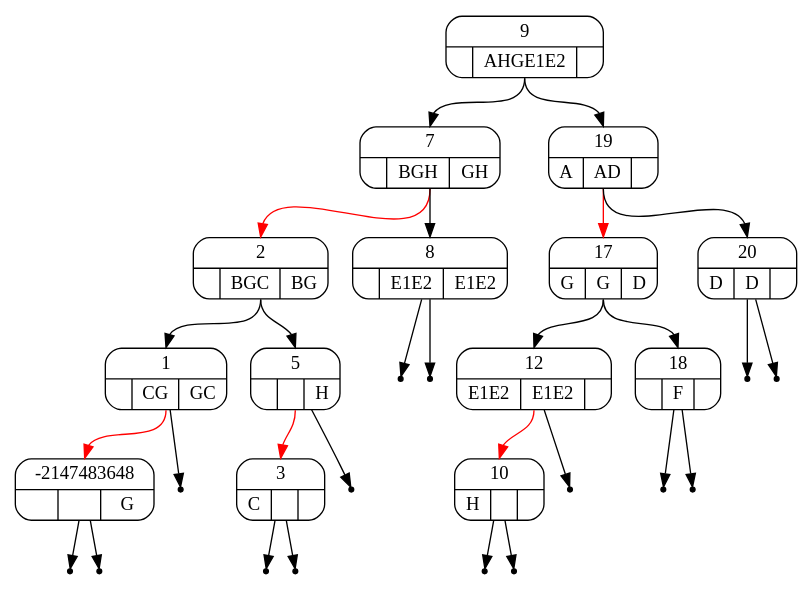
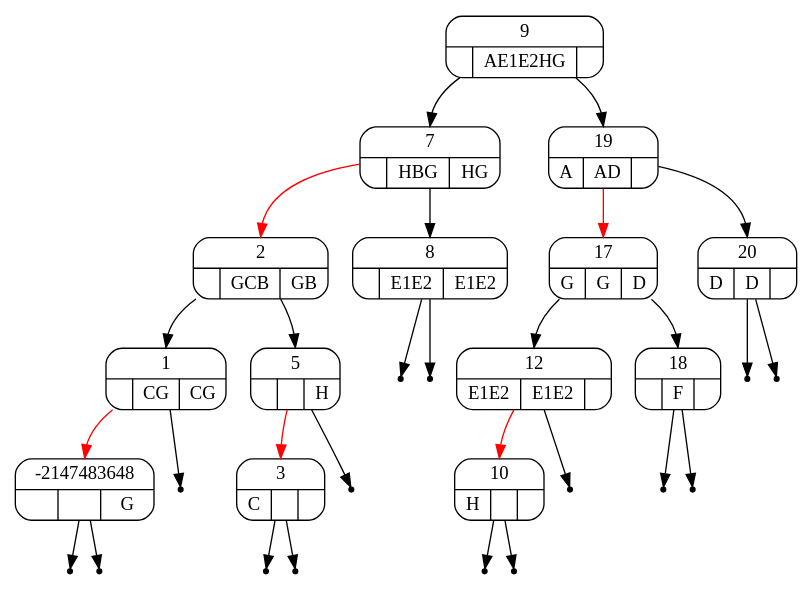
Before and after one commit to lundmikkel/C5: the diagram in C5.Tests/intervaled/data/interval_binary_search_tree.gv, drawn with Graphviz. The commit also changed 6 other files, not shown here.

```diff
--- a/C5.Tests/intervaled/data/interval_binary_search_tree.gv
+++ b/C5.Tests/intervaled/data/interval_binary_search_tree.gv
@@ -1,77 +1,77 @@
 digraph IntervalBinarySearchTree {
 	node [shape=record, style=rounded];
 	struct0 [fontname=consola, label="{<key> 9|{|A
+E1
+E2
 H
-G
-E1
-E2|}}"];
-	struct1 [fontname=consola, label="{<key> 7|{|B
-G
-H|G
-H}}"];
-	struct0:s -> struct1:n [color=black];
-	struct2 [fontname=consola, label="{<key> 2|{|B
-G
-C|B
+G|}}"];
+	struct1 [fontname=consola, label="{<key> 7|{|H
+B
+G|H
 G}}"];
-	struct1:s -> struct2:n [color=red];
+	struct0 -> struct1:n [color=black];
+	struct2 [fontname=consola, label="{<key> 2|{|G
+C
+B|G
+B}}"];
+	struct1 -> struct2:n [color=red];
 	struct3 [fontname=consola, label="{<key> 1|{|C
-G|G
-C}}"];
-	struct2:s -> struct3:n [color=black];
+G|C
+G}}"];
+	struct2 -> struct3:n [color=black];
 	struct4 [fontname=consola, label="{<key> -2147483648|{||G}}"];
-	struct3:s -> struct4:n [color=red];
+	struct3 -> struct4:n [color=red];
 	leaf0 [shape=point];
 	struct4:left -> leaf0;
 	leaf1 [shape=point];
 	struct4:right -> leaf1;
 	leaf2 [shape=point];
 	struct3:right -> leaf2;
 	struct5 [fontname=consola, label="{<key> 5|{||H}}"];
-	struct2:s -> struct5:n [color=black];
+	struct2 -> struct5:n [color=black];
 	struct6 [fontname=consola, label="{<key> 3|{C||}}"];
-	struct5:s -> struct6:n [color=red];
+	struct5 -> struct6:n [color=red];
 	leaf3 [shape=point];
 	struct6:left -> leaf3;
 	leaf4 [shape=point];
 	struct6:right -> leaf4;
 	leaf5 [shape=point];
 	struct5:right -> leaf5;
 	struct7 [fontname=consola, label="{<key> 8|{|E1
 E2|E1
 E2}}"];
-	struct1:s -> struct7:n [color=black];
+	struct1 -> struct7:n [color=black];
 	leaf6 [shape=point];
 	struct7:left -> leaf6;
 	leaf7 [shape=point];
 	struct7:right -> leaf7;
 	struct8 [fontname=consola, label="{<key> 19|{A|A
 D|}}"];
-	struct0:s -> struct8:n [color=black];
+	struct0 -> struct8:n [color=black];
 	struct9 [fontname=consola, label="{<key> 17|{G|G|D}}"];
-	struct8:s -> struct9:n [color=red];
+	struct8 -> struct9:n [color=red];
 	struct10 [fontname=consola, label="{<key> 12|{E1
 E2|E1
 E2|}}"];
-	struct9:s -> struct10:n [color=black];
+	struct9 -> struct10:n [color=black];
 	struct11 [fontname=consola, label="{<key> 10|{H||}}"];
-	struct10:s -> struct11:n [color=red];
+	struct10 -> struct11:n [color=red];
 	leaf8 [shape=point];
 	struct11:left -> leaf8;
 	leaf9 [shape=point];
 	struct11:right -> leaf9;
 	leaf10 [shape=point];
 	struct10:right -> leaf10;
 	struct12 [fontname=consola, label="{<key> 18|{|F|}}"];
-	struct9:s -> struct12:n [color=black];
+	struct9 -> struct12:n [color=black];
 	leaf11 [shape=point];
 	struct12:left -> leaf11;
 	leaf12 [shape=point];
 	struct12:right -> leaf12;
 	struct13 [fontname=consola, label="{<key> 20|{D|D|}}"];
-	struct8:s -> struct13:n [color=black];
+	struct8 -> struct13:n [color=black];
 	leaf13 [shape=point];
 	struct13:left -> leaf13;
 	leaf14 [shape=point];
 	struct13:right -> leaf14;
 }
```
